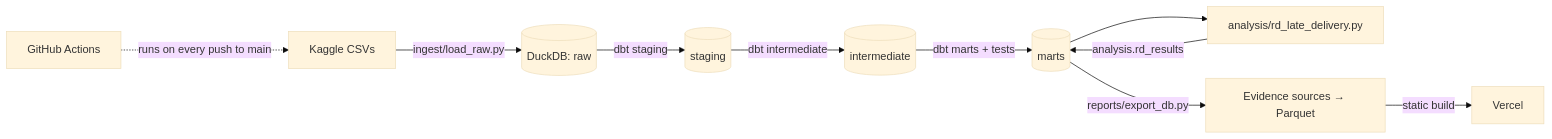
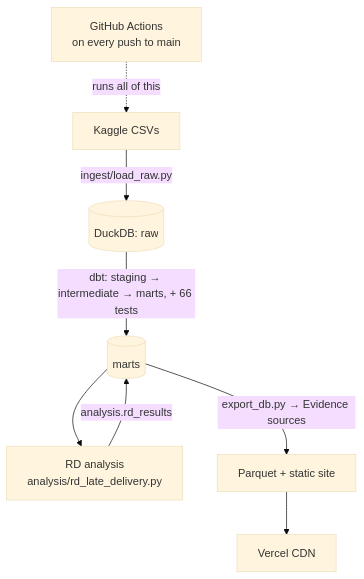
One commit to pranav797/ecom-analytics-warehouse changed the diagram in README.md. Above: the diagram before and after it, drawn with Mermaid (base theme).

Commit message:
README: vertical architecture diagram

````diff
--- a/README.md
+++ b/README.md
@@ -19,12 +19,10 @@
 ```mermaid
-flowchart LR
+flowchart TD
     A[Kaggle CSVs] -->|ingest/load_raw.py| B[(DuckDB: raw)]
-    B -->|dbt staging| C[(staging)]
-    C -->|dbt intermediate| D[(intermediate)]
-    D -->|dbt marts + tests| E[(marts)]
-    E --> F[analysis/rd_late_delivery.py]
+    B -->|dbt: staging → intermediate → marts, + 66 tests| E[(marts)]
+    E --> F[RD analysis<br/>analysis/rd_late_delivery.py]
     F -->|analysis.rd_results| E
-    E -->|reports/export_db.py| G[Evidence sources → Parquet]
-    G -->|static build| H[Vercel]
-    I[GitHub Actions] -.runs on every push to main.-> A
+    E -->|export_db.py → Evidence sources| G[Parquet + static site]
+    G --> H[Vercel CDN]
+    I[GitHub Actions<br/>on every push to main] -.runs all of this.-> A
 ```
````
